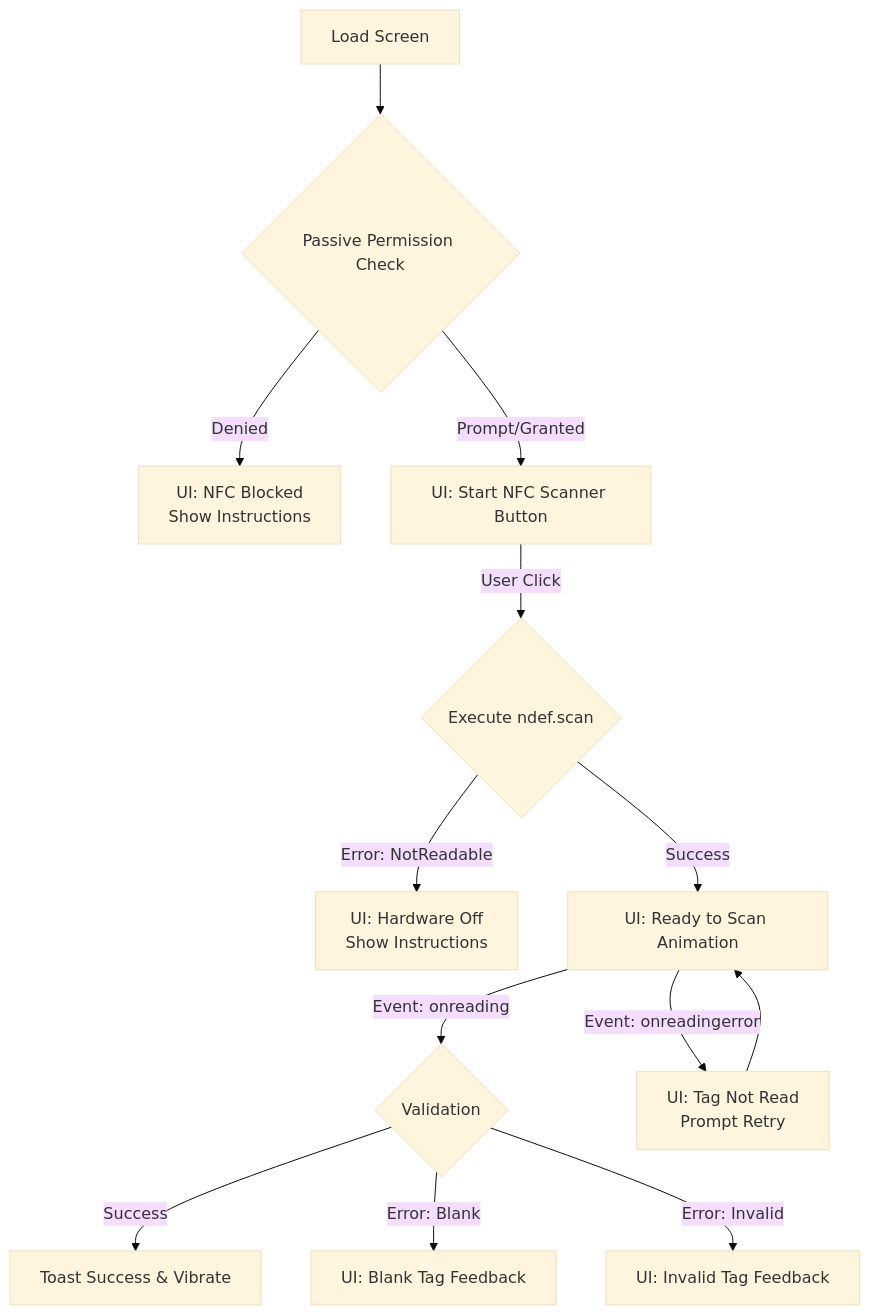
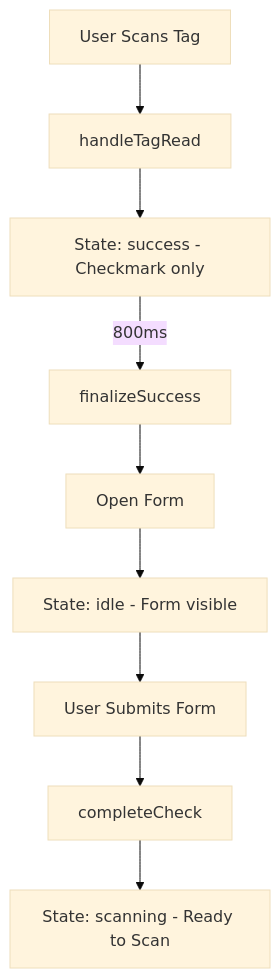
The second of 3 diagrams in docs/SPEC-NFC-Flow.md (dthompson-jti/safety-check-app-concept), drawn with Mermaid (base theme) before and after one commit. The commit also changed other lines of this file and 5 other files, not shown here.

````diff
--- a/docs/SPEC-NFC-Flow.md
+++ b/docs/SPEC-NFC-Flow.md
@@ -3,20 +40,11 @@
 ```mermaid
 graph TD
-    A[Load Screen] --> B{Passive Permission Check}
-    B -- Denied --> C[UI: NFC Blocked\nShow Instructions]
-    B -- Prompt/Granted --> D[UI: Start NFC Scanner Button]
-    
-    D -- User Click --> E{Execute ndef.scan}
-    
-    E -- Error: NotReadable --> F[UI: Hardware Off\nShow Instructions]
-    E -- Success --> G[UI: Ready to Scan Animation]
-    
-    G -- Event: onreading --> H{Validation}
-    G -- Event: onreadingerror --> I[UI: Tag Not Read\nPrompt Retry]
-    
-    H -- Success --> J[Toast Success & Vibrate]
-    H -- Error: Blank --> K[UI: Blank Tag Feedback]
-    H -- Error: Invalid --> L[UI: Invalid Tag Feedback]
-    
-    I --> G
+    A[User Scans Tag] --> B[handleTagRead]
+    B --> C[State: success - Checkmark only]
+    C --> |800ms| D[finalizeSuccess]
+    D --> E[Open Form]
+    E --> F[State: idle - Form visible]
+    F --> G[User Submits Form]
+    G --> H[completeCheck]
+    H --> I[State: scanning - Ready to Scan]
 ```
````
